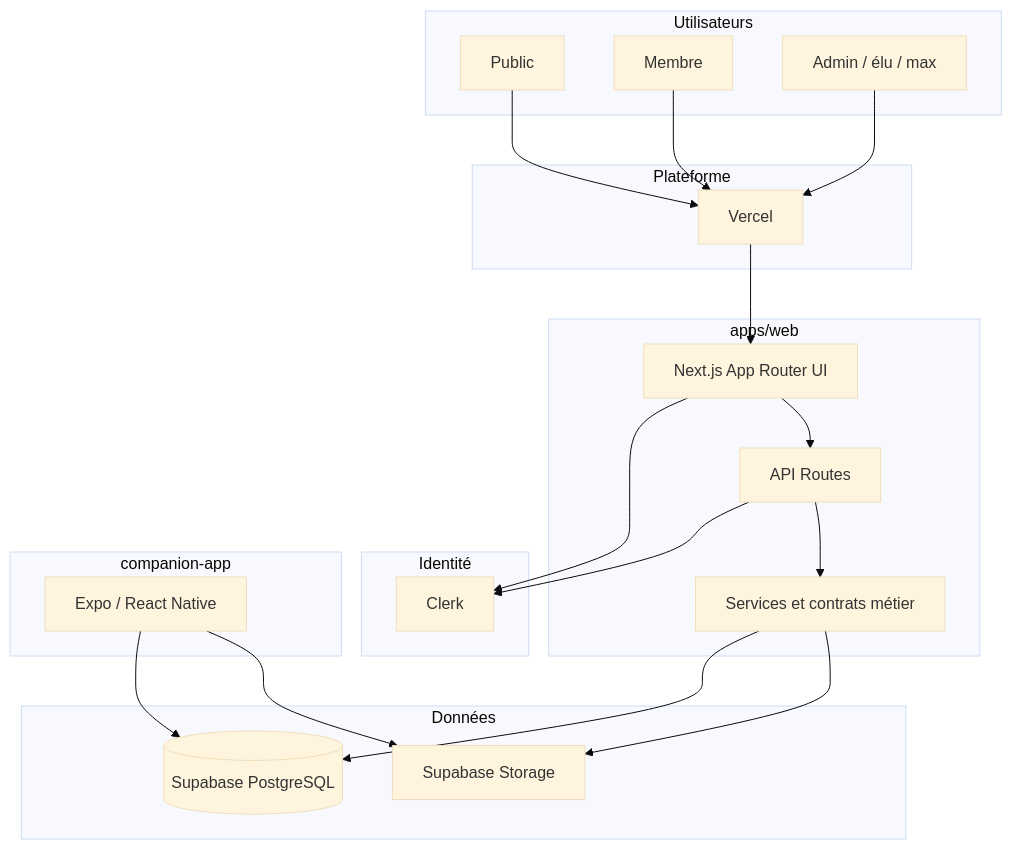
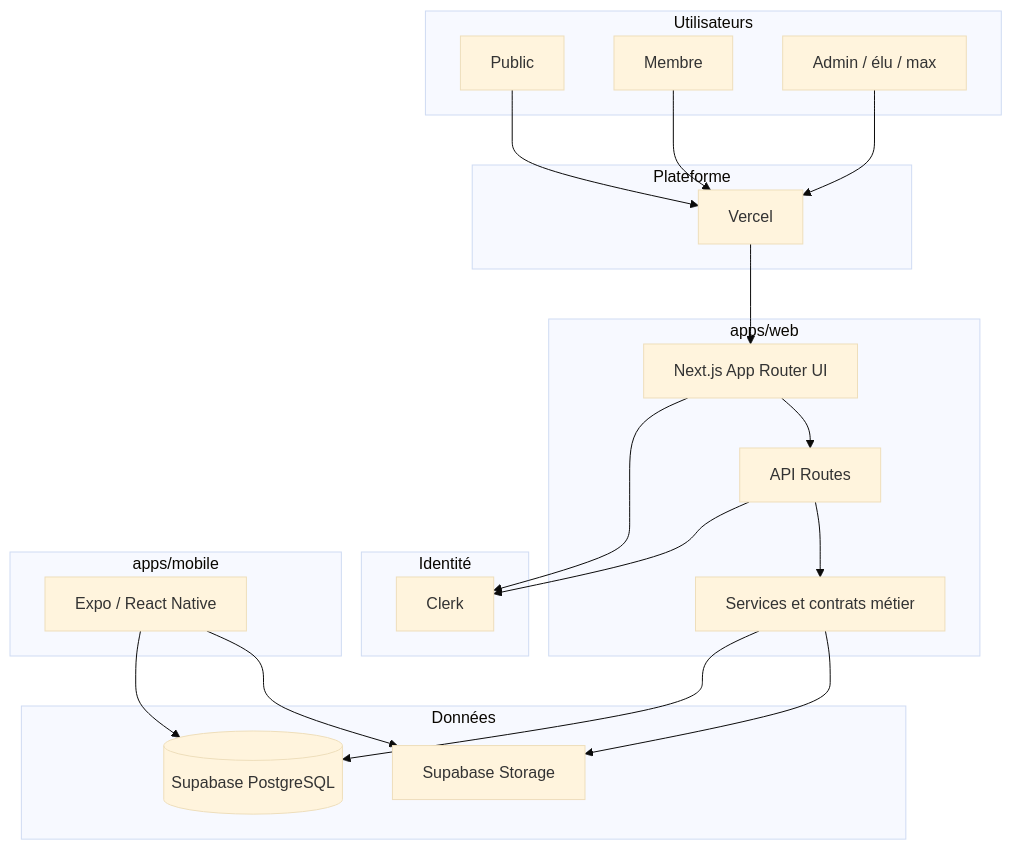
The first of 3 diagrams in documentation/architecture/master-architecture.md (maxd4/CleanmyMap), drawn with Mermaid (base theme) before and after one commit. The commit also changed other lines of this file and 78 other files, not shown here.

Commit message:
chore: integrate mobile app workspace

````diff
--- a/documentation/architecture/master-architecture.md
+++ b/documentation/architecture/master-architecture.md
@@ -21,44 +21,44 @@
 ```mermaid
 flowchart TD
   subgraph Users[Utilisateurs]
     PUBLIC[Public]
     MEMBER[Membre]
     ADMIN[Admin / élu / max]
   end
 
   subgraph Web[apps/web]
     UI[Next.js App Router UI]
     API[API Routes]
     DOMAIN[Services et contrats métier]
   end
 
   subgraph Identity[Identité]
     CLERK[Clerk]
   end
 
   subgraph Data[Données]
     SUPABASE[(Supabase PostgreSQL)]
     STORAGE[Supabase Storage]
   end
 
-  subgraph Mobile[companion-app]
+  subgraph Mobile[apps/mobile]
     EXPO[Expo / React Native]
   end
 
   subgraph Platform[Plateforme]
     VERCEL[Vercel]
   end
 
   PUBLIC --> VERCEL
   MEMBER --> VERCEL
   ADMIN --> VERCEL
   VERCEL --> UI
   UI --> CLERK
   UI --> API
   API --> CLERK
   API --> DOMAIN
   DOMAIN --> SUPABASE
   DOMAIN --> STORAGE
   EXPO --> SUPABASE
   EXPO --> STORAGE
 ```
````
